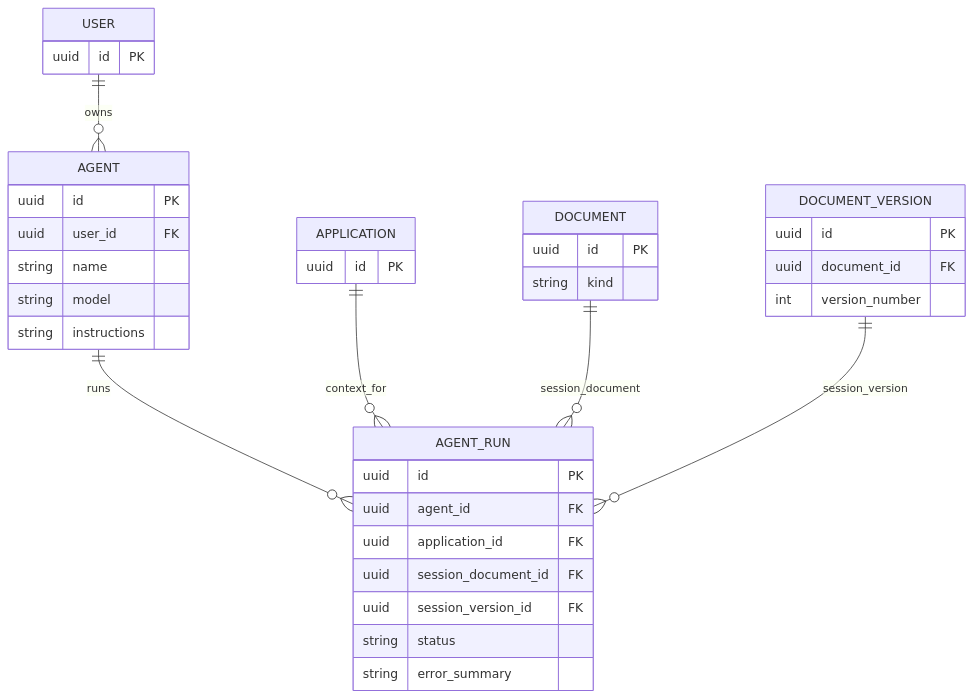
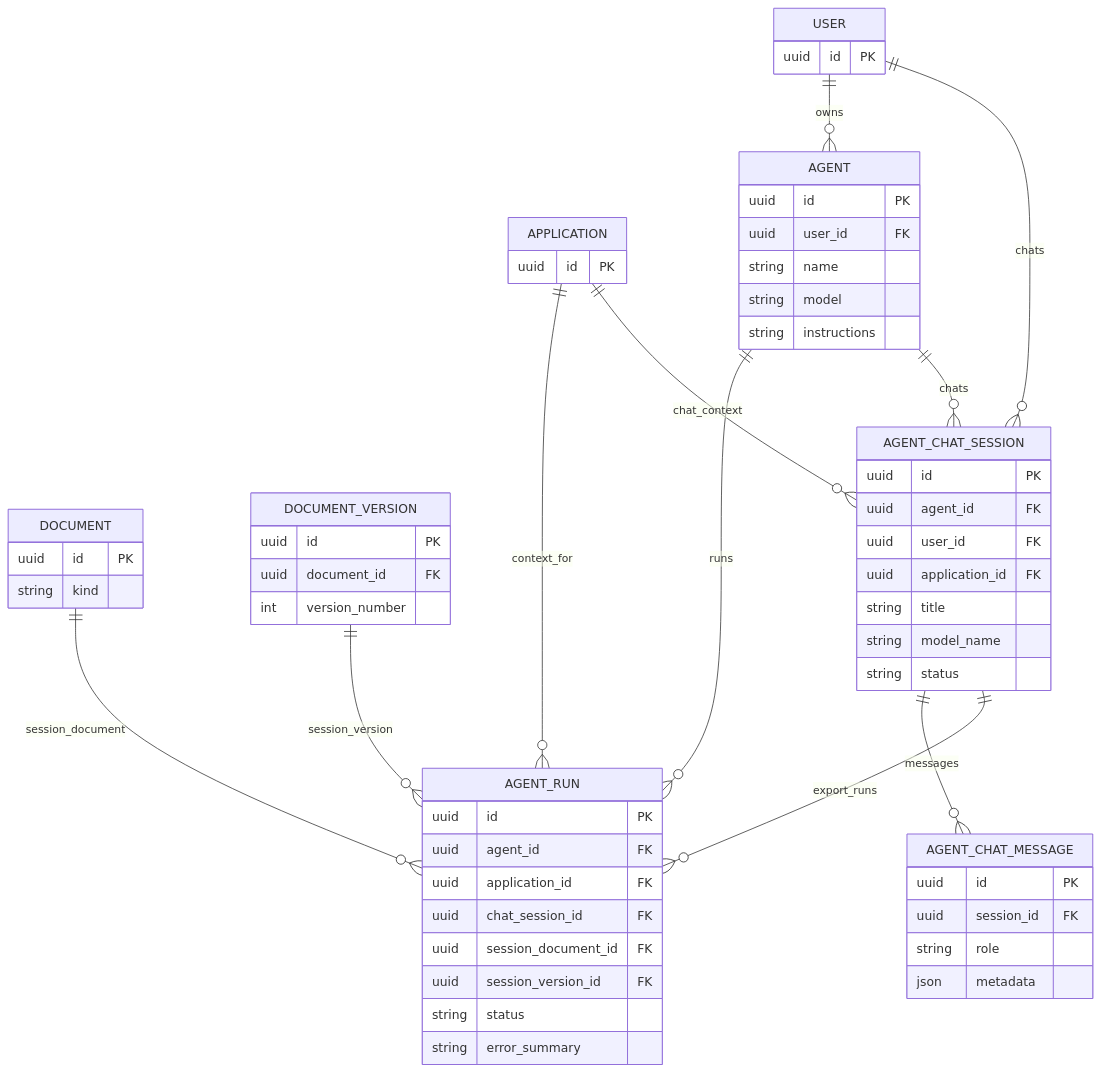
One commit to danphenderson/baldin changed the fifth of 6 diagrams in docs/docs/architecture/data-model.md. Above: the diagram before and after it, drawn with Mermaid. The commit also changed other lines of this file and 34 other files, not shown here.

Commit message:
feat: rag in agent chats, dev stack fixed, and global command pallette

````diff
--- a/docs/docs/architecture/data-model.md
+++ b/docs/docs/architecture/data-model.md
@@ -247,42 +247,63 @@
 ```mermaid
 erDiagram
 	accTitle: Agent and Session Entities
-	accDescr: Shows AGENT owned by USER, with AGENT_RUN recording execution history. Each run links to an APPLICATION context and produces a DOCUMENT session with a specific DOCUMENT_VERSION.
+	accDescr: Shows AGENT owned by USER, with AGENT_CHAT_SESSION and AGENT_CHAT_MESSAGE storing conversational history, and AGENT_RUN recording either one-shot execution or chat-export history. Runs link to an APPLICATION context and produce a DOCUMENT session with a specific DOCUMENT_VERSION.
 	USER {
 		uuid id PK
 	}
 	APPLICATION {
 		uuid id PK
 	}
 	DOCUMENT {
 		uuid id PK
 		string kind
 	}
 	DOCUMENT_VERSION {
 		uuid id PK
 		uuid document_id FK
 		int version_number
 	}
 	AGENT {
 		uuid id PK
 		uuid user_id FK
 		string name
 		string model
 		string instructions
 	}
+	AGENT_CHAT_SESSION {
+		uuid id PK
+		uuid agent_id FK
+		uuid user_id FK
+		uuid application_id FK
+		string title
+		string model_name
+		string status
+	}
+	AGENT_CHAT_MESSAGE {
+		uuid id PK
+		uuid session_id FK
+		string role
+		json metadata
+	}
 	AGENT_RUN {
 		uuid id PK
 		uuid agent_id FK
 		uuid application_id FK
+		uuid chat_session_id FK
 		uuid session_document_id FK
 		uuid session_version_id FK
 		string status
 		string error_summary
 	}
 
 	USER ||--o{ AGENT : owns
+	USER ||--o{ AGENT_CHAT_SESSION : chats
 	AGENT ||--o{ AGENT_RUN : runs
+	AGENT ||--o{ AGENT_CHAT_SESSION : chats
 	APPLICATION ||--o{ AGENT_RUN : context_for
+	APPLICATION ||--o{ AGENT_CHAT_SESSION : chat_context
+	AGENT_CHAT_SESSION ||--o{ AGENT_CHAT_MESSAGE : messages
+	AGENT_CHAT_SESSION ||--o{ AGENT_RUN : export_runs
 	DOCUMENT ||--o{ AGENT_RUN : session_document
 	DOCUMENT_VERSION ||--o{ AGENT_RUN : session_version
 ```
````
